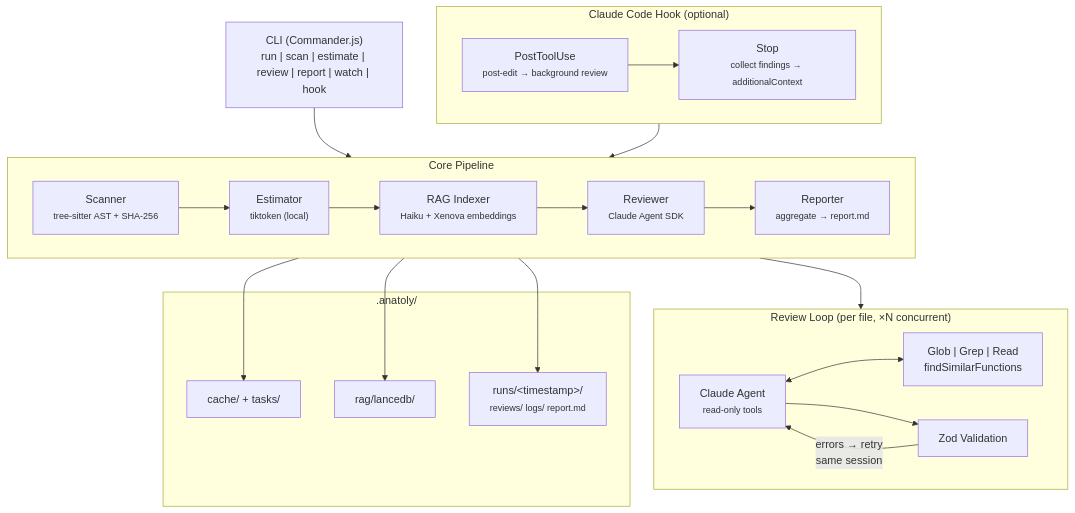
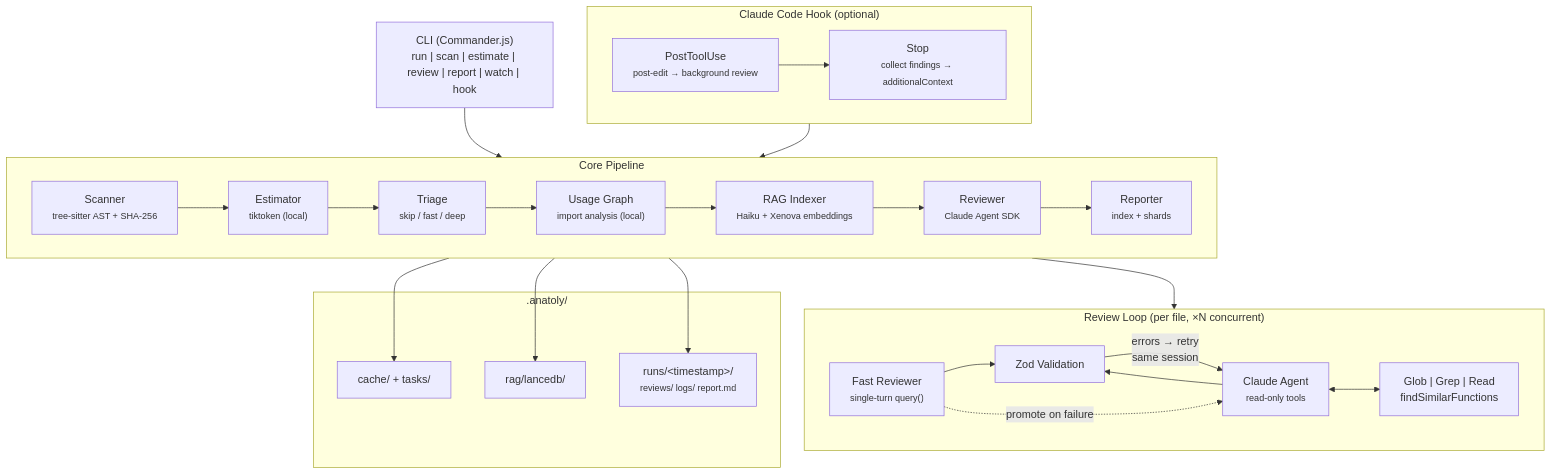
Before and after one commit to r-via/anatoly: the diagram in README.md, drawn with Mermaid. The commit also changed other lines of this file and 1 other file, not shown here.

````diff
--- a/README.md
+++ b/README.md
@@ -91,44 +97,49 @@
 ```mermaid
 flowchart TD
     CLI["CLI (Commander.js)<br/>run | scan | estimate | review | report | watch | hook"]
 
     subgraph Pipeline["Core Pipeline"]
         direction LR
         Scanner["Scanner<br/><small>tree-sitter AST + SHA-256</small>"]
         Estimator["Estimator<br/><small>tiktoken (local)</small>"]
+        Triage["Triage<br/><small>skip / fast / deep</small>"]
+        UsageGraph["Usage Graph<br/><small>import analysis (local)</small>"]
         Indexer["RAG Indexer<br/><small>Haiku + Xenova embeddings</small>"]
         Reviewer["Reviewer<br/><small>Claude Agent SDK</small>"]
-        Reporter["Reporter<br/><small>aggregate → report.md</small>"]
+        Reporter["Reporter<br/><small>index + shards</small>"]
 
-        Scanner --> Estimator --> Indexer --> Reviewer --> Reporter
+        Scanner --> Estimator --> Triage --> UsageGraph --> Indexer --> Reviewer --> Reporter
     end
 
     subgraph ReviewLoop["Review Loop (per file, ×N concurrent)"]
+        FastReviewer["Fast Reviewer<br/><small>single-turn query()</small>"]
         Agent["Claude Agent<br/><small>read-only tools</small>"]
         Tools["Glob | Grep | Read<br/>findSimilarFunctions"]
         Zod["Zod Validation"]
+        FastReviewer --> Zod
         Agent <--> Tools
         Agent --> Zod
         Zod -- "errors → retry<br/>same session" --> Agent
+        FastReviewer -. "promote on failure" .-> Agent
     end
 
     subgraph Hook["Claude Code Hook (optional)"]
         direction LR
         PostEdit["PostToolUse<br/><small>post-edit → background review</small>"]
         Stop["Stop<br/><small>collect findings → additionalContext</small>"]
         PostEdit --> Stop
     end
 
     subgraph Output[".anatoly/"]
         Cache["cache/ + tasks/"]
         RAG["rag/lancedb/"]
         Runs["runs/&lt;timestamp&gt;/<br/><small>reviews/ logs/ report.md</small>"]
     end
 
     CLI --> Pipeline
     Reviewer --> ReviewLoop
     Indexer --> RAG
     Reporter --> Runs
     Scanner --> Cache
     Hook --> Reviewer
 ```
````
